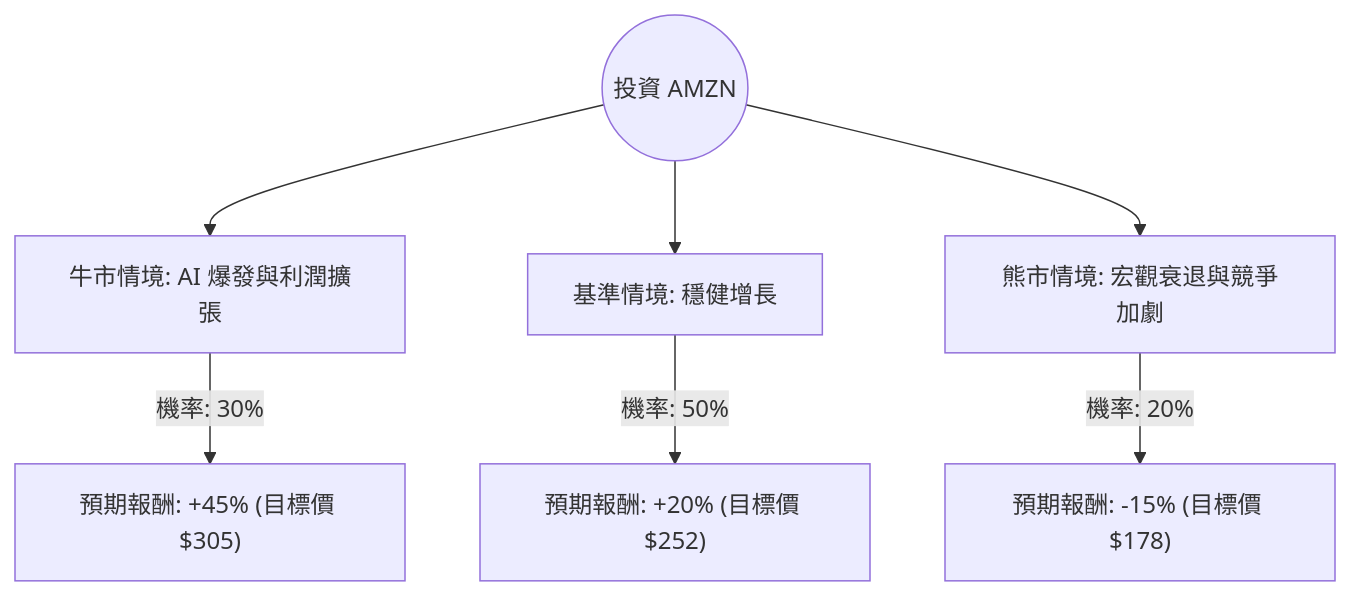
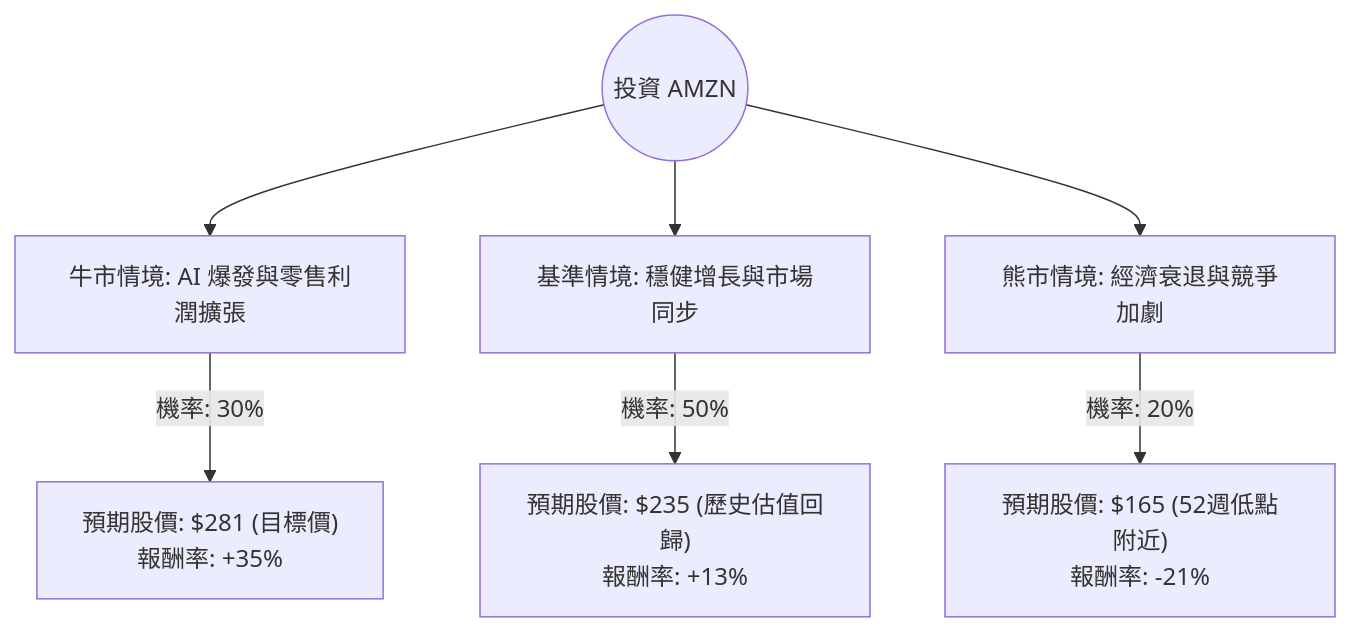
Before and after one commit to zmcx16/zmcx16.github.io: the diagram in plugin-react/ai-analysis/ev-analysis/AMZN.md, drawn with Mermaid. The commit also changed other lines of this file and 70 other files, not shown here.

````diff
--- a/plugin-react/ai-analysis/ev-analysis/AMZN.md
+++ b/plugin-react/ai-analysis/ev-analysis/AMZN.md
@@ -21,10 +20,10 @@
 ```mermaid
 graph TD
-    Start((投資 AMZN)) --> Bull[牛市情境: AI 爆發與利潤擴張]
-    Start --> Base[基準情境: 穩健增長]
-    Start --> Bear[熊市情境: 宏觀衰退與競爭加劇]
+    Start((投資 AMZN)) --> Bull[牛市情境: AI 爆發與零售利潤擴張]
+    Start --> Base[基準情境: 穩健增長與市場同步]
+    Start --> Bear[熊市情境: 經濟衰退與競爭加劇]
 
-    Bull -- "機率: 30%" --> BullVal["預期報酬: +45% (目標價 $305)"]
-    Base -- "機率: 50%" --> BaseVal["預期報酬: +20% (目標價 $252)"]
-    Bear -- "機率: 20%" --> BearVal["預期報酬: -15% (目標價 $178)"]
+    Bull -- "機率: 30%" --> BullVal["預期股價: $281 (目標價)<br/>報酬率: +35%"]
+    Base -- "機率: 50%" --> BaseVal["預期股價: $235 (歷史估值回歸)<br/>報酬率: +13%"]
+    Bear -- "機率: 20%" --> BearVal["預期股價: $165 (52週低點附近)<br/>報酬率: -21%"]
 ```
````
